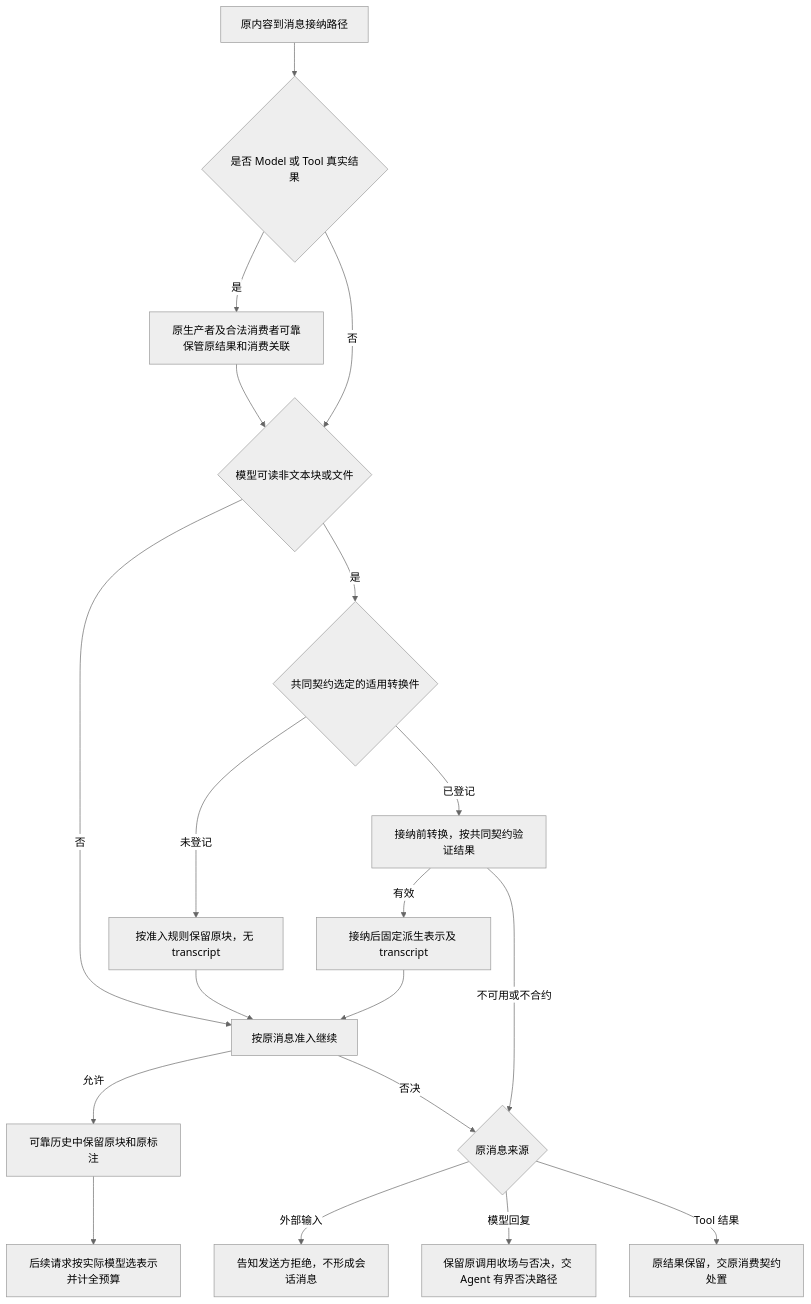
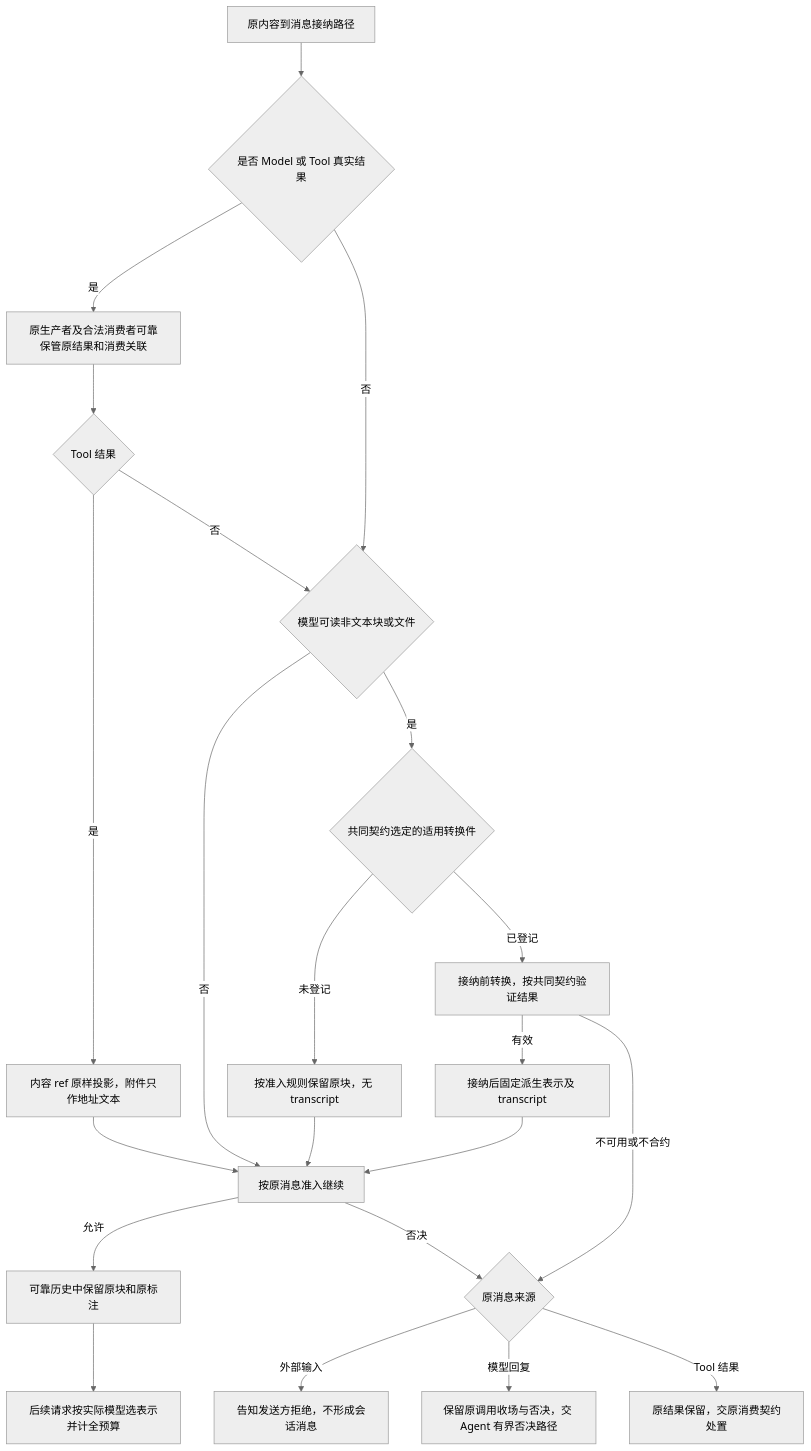
The second of 4 diagrams in packages/context/request-context/docs/key-flows.md (nemori-ai/omne-harness-lite), drawn with Mermaid (neutral theme) before and after one commit. The commit also changed other lines of this file and 220 other files, not shown here.

````diff
--- a/packages/context/request-context/docs/key-flows.md
+++ b/packages/context/request-context/docs/key-flows.md
@@ -33,21 +33,24 @@
 ```mermaid
 flowchart TD
     Source[原内容到消息接纳路径] --> ResultSource{是否 Model 或 Tool 真实结果}
     ResultSource -->|是| Keep[原生产者及合法消费者可靠保管原结果和消费关联]
     ResultSource -->|否| Eligible
-    Keep --> Eligible{模型可读非文本块或文件}
+    Keep --> ToolPath{Tool 结果}
+    ToolPath -->|是| Ref[内容 ref 原样投影，附件只作地址文本]
+    Ref --> Admission
+    ToolPath -->|否| Eligible{模型可读非文本块或文件}
     Eligible -->|否| Admission[按原消息准入继续]
     Eligible -->|是| Converter{共同契约选定的适用转换件}
     Converter -->|未登记| Original[按准入规则保留原块，无 transcript]
     Converter -->|已登记| Convert[接纳前转换，按共同契约验证结果]
     Convert -->|有效| Fixed[接纳后固定派生表示及 transcript]
     Convert -->|不可用或不合约| Reject{原消息来源}
     Reject -->|外部输入| Input[告知发送方拒绝，不形成会话消息]
     Reject -->|模型回复| Reply[保留原调用收场与否决，交 Agent 有界否决路径]
     Reject -->|Tool 结果| Tool[原结果保留，交原消费契约处置]
     Fixed --> Admission
     Original --> Admission
     Admission -->|允许| History[可靠历史中保留原块和原标注]
     Admission -->|否决| Reject
     History --> Assemble[后续请求按实际模型选表示并计全预算]
 ```
````
